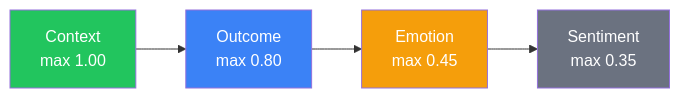
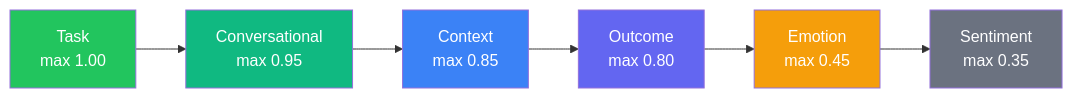
The seventh of 9 diagrams in docs/loom/scoring-algorithm.md (aacebo/loom), drawn with Mermaid before and after one commit. The commit also changed other lines of this file, not shown here.

````diff
--- a/docs/loom/scoring-algorithm.md
+++ b/docs/loom/scoring-algorithm.md
@@ -217,11 +328,15 @@
 ```mermaid
 flowchart LR
-    A["Context<br/>max 1.00"] --> B["Outcome<br/>max 0.80"]
-    B --> C["Emotion<br/>max 0.45"]
-    C --> D["Sentiment<br/>max 0.35"]
+    A["Task<br/>max 1.00"] --> B["Conversational<br/>max 0.95"]
+    B --> C["Context<br/>max 0.85"]
+    C --> D["Outcome<br/>max 0.80"]
+    D --> E["Emotion<br/>max 0.45"]
+    E --> F["Sentiment<br/>max 0.35"]
 
     style A fill:#22c55e,color:#fff
-    style B fill:#3b82f6,color:#fff
-    style C fill:#f59e0b,color:#fff
-    style D fill:#6b7280,color:#fff
+    style B fill:#10b981,color:#fff
+    style C fill:#3b82f6,color:#fff
+    style D fill:#6366f1,color:#fff
+    style E fill:#f59e0b,color:#fff
+    style F fill:#6b7280,color:#fff
 ```
````
